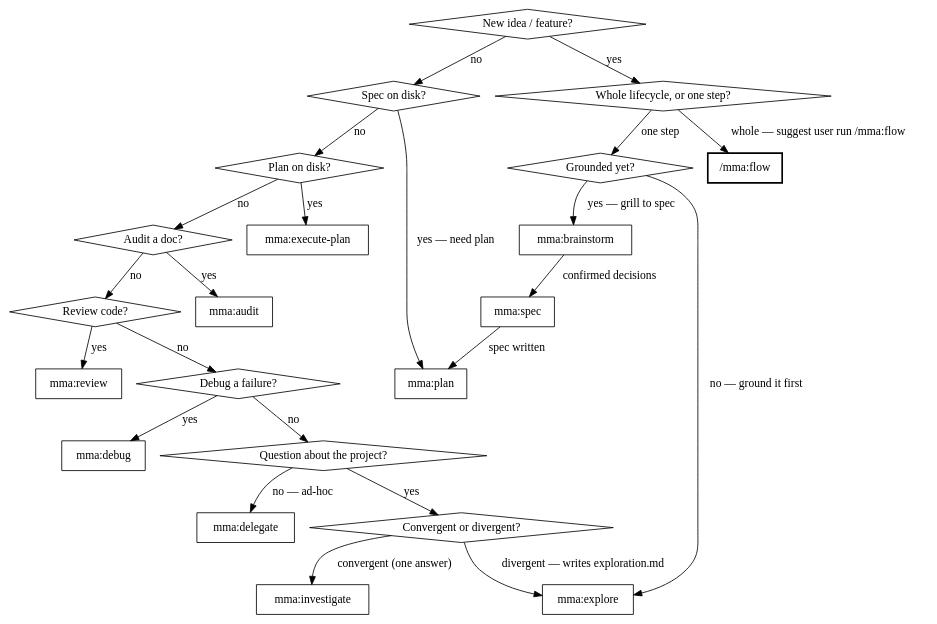
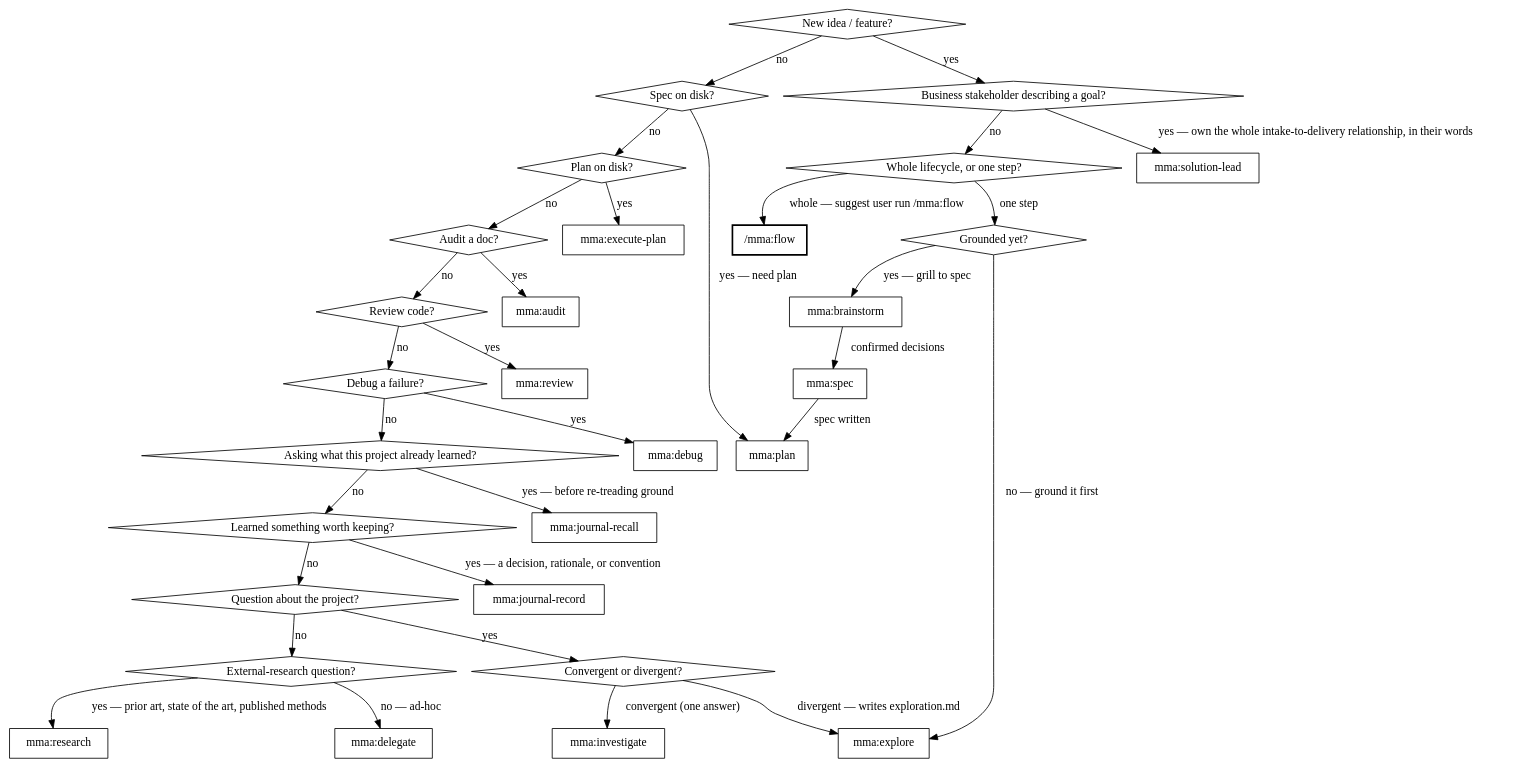
One commit to zhixuan312/multi-model-agent changed the diagram in plugin/skills/router/SKILL.md. Above: the diagram before and after it, drawn with Graphviz. The commit also changed other lines of this file and 4 other files, not shown here.

````diff
--- a/plugin/skills/router/SKILL.md
+++ b/plugin/skills/router/SKILL.md
@@ -25,48 +25,64 @@
 ```dot
 digraph picker {
+    "Business stakeholder describing a goal?" [shape=diamond];
     "New idea / feature?" [shape=diamond];
     "Whole lifecycle, or one step?" [shape=diamond];
     "Grounded yet?" [shape=diamond];
     "Spec on disk?" [shape=diamond];
     "Plan on disk?" [shape=diamond];
     "Audit a doc?" [shape=diamond];
     "Review code?" [shape=diamond];
     "Debug a failure?" [shape=diamond];
     "Question about the project?" [shape=diamond];
     "Convergent or divergent?" [shape=diamond];
+    "Asking what this project already learned?" [shape=diamond];
+    "External-research question?" [shape=diamond];
+    "Learned something worth keeping?" [shape=diamond];
     "mma:brainstorm" [shape=box];
     "/mma:flow" [shape=box, style=bold];
     "mma:spec" [shape=box];
     "mma:plan" [shape=box];
     "mma:execute-plan" [shape=box];
     "mma:audit" [shape=box];
     "mma:review" [shape=box];
     "mma:debug" [shape=box];
     "mma:investigate" [shape=box];
     "mma:explore" [shape=box];
     "mma:delegate" [shape=box];
+    "mma:solution-lead" [shape=box];
+    "mma:research" [shape=box];
+    "mma:journal-recall" [shape=box];
+    "mma:journal-record" [shape=box];
 
-    "New idea / feature?" -> "Whole lifecycle, or one step?" [label="yes"];
+    "New idea / feature?" -> "Business stakeholder describing a goal?" [label="yes"];
+    "Business stakeholder describing a goal?" -> "mma:solution-lead" [label="yes — own the whole intake-to-delivery relationship, in their words"];
+    "Business stakeholder describing a goal?" -> "Whole lifecycle, or one step?" [label="no"];
     "Whole lifecycle, or one step?" -> "/mma:flow" [label="whole — suggest user run /mma:flow"];
     "Whole lifecycle, or one step?" -> "Grounded yet?" [label="one step"];
     "Grounded yet?" -> "mma:explore" [label="no — ground it first"];
     "Grounded yet?" -> "mma:brainstorm" [label="yes — grill to spec"];
     "mma:brainstorm" -> "mma:spec" [label="confirmed decisions"];
     "mma:spec" -> "mma:plan" [label="spec written"];
     "New idea / feature?" -> "Spec on disk?" [label="no"];
     "Spec on disk?" -> "mma:plan" [label="yes — need plan"];
     "Spec on disk?" -> "Plan on disk?" [label="no"];
     "Plan on disk?" -> "mma:execute-plan" [label="yes"];
     "Plan on disk?" -> "Audit a doc?" [label="no"];
     "Audit a doc?" -> "mma:audit" [label="yes"];
     "Audit a doc?" -> "Review code?" [label="no"];
     "Review code?" -> "mma:review" [label="yes"];
     "Review code?" -> "Debug a failure?" [label="no"];
     "Debug a failure?" -> "mma:debug" [label="yes"];
-    "Debug a failure?" -> "Question about the project?" [label="no"];
+    "Debug a failure?" -> "Asking what this project already learned?" [label="no"];
+    "Asking what this project already learned?" -> "mma:journal-recall" [label="yes — before re-treading ground"];
+    "Asking what this project already learned?" -> "Learned something worth keeping?" [label="no"];
+    "Learned something worth keeping?" -> "mma:journal-record" [label="yes — a decision, rationale, or convention"];
+    "Learned something worth keeping?" -> "Question about the project?" [label="no"];
     "Question about the project?" -> "Convergent or divergent?" [label="yes"];
-    "Question about the project?" -> "mma:delegate" [label="no — ad-hoc"];
+    "Question about the project?" -> "External-research question?" [label="no"];
+    "External-research question?" -> "mma:research" [label="yes — prior art, state of the art, published methods"];
+    "External-research question?" -> "mma:delegate" [label="no — ad-hoc"];
     "Convergent or divergent?" -> "mma:investigate" [label="convergent (one answer)"];
     "Convergent or divergent?" -> "mma:explore" [label="divergent — writes exploration.md"];
 }
 ```
````
